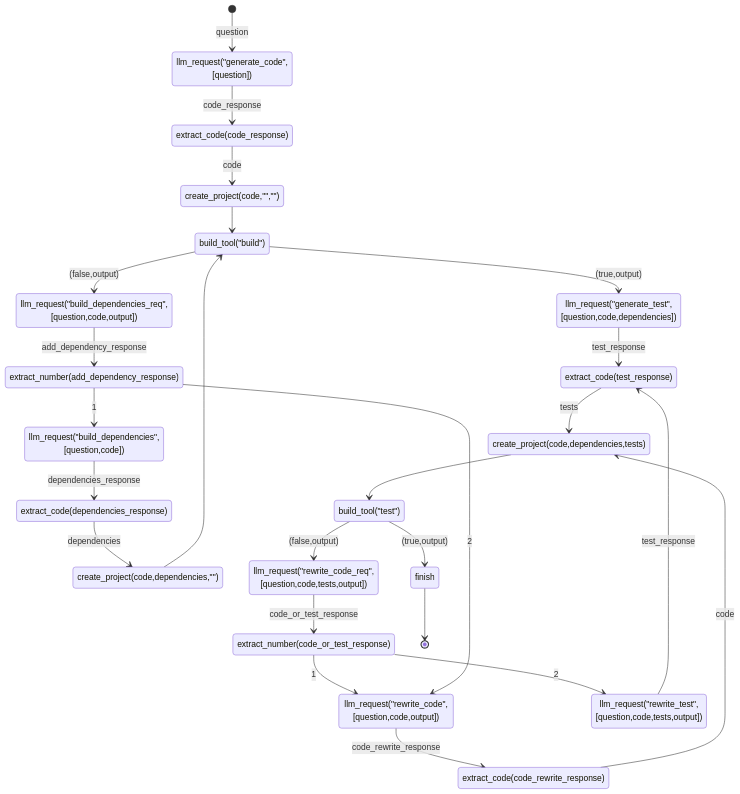
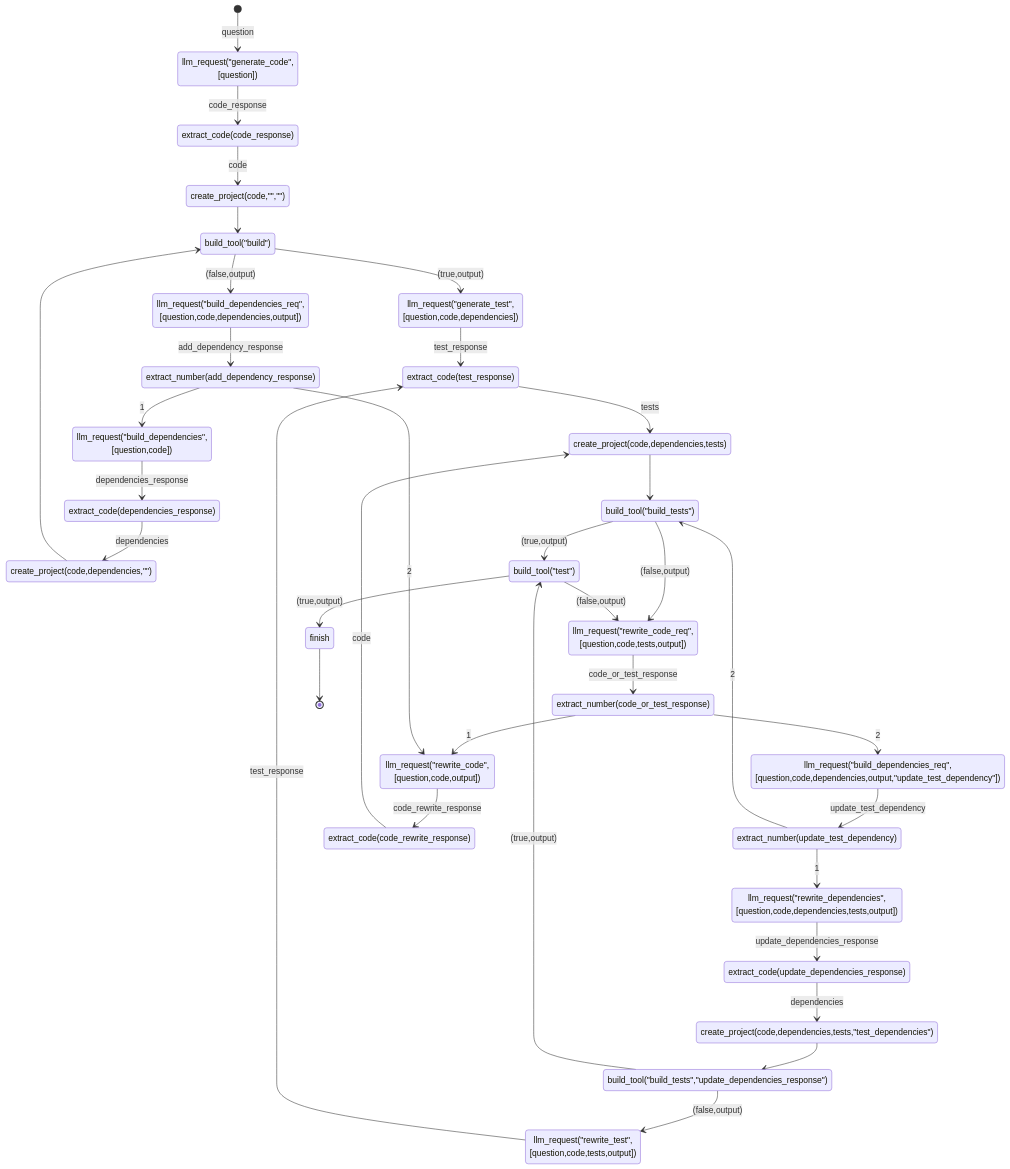
One commit to rizgan/LLM-Logic-Exec-Verify changed the diagram in logic.md. Above: the diagram before and after it, drawn with Mermaid. The commit also changed 4 other files, not shown here.

````diff
--- a/logic.md
+++ b/logic.md
@@ -1,27 +1,37 @@
 ```mermaid
 stateDiagram
 [*] --> llm_request("generate_code",[question]) : question
 llm_request("generate_code",[question]) --> extract_code(code_response) : code_response
 extract_code(code_response) --> create_project(code,"","") : code
 create_project(code,"","") --> build_tool("build")
 create_project(code,dependencies,"") --> build_tool("build")
-create_project(code,dependencies,tests) --> build_tool("test")
+create_project(code,dependencies,tests) --> build_tool("build_tests")
+build_tool("build_tests") --> build_tool("test") : (true,output)
+build_tool("build_tests") --> llm_request("rewrite_code_req",[question,code,tests,output]) : (false,output)
 build_tool("test") --> finish : (true,output)
 build_tool("test") --> llm_request("rewrite_code_req",[question,code,tests,output]) : (false,output)
 llm_request("rewrite_code_req",[question,code,tests,output]) --> extract_number(code_or_test_response) : code_or_test_response
 extract_number(code_or_test_response) --> llm_request("rewrite_code",[question,code,output]) : 1
-extract_number(code_or_test_response) --> llm_request("rewrite_test",[question,code,tests,output]) : 2
+extract_number(code_or_test_response) -->  llm_request("build_dependencies_req",[question,code,dependencies,output,"update_test_dependency"]): 2
+llm_request("build_dependencies_req",[question,code,dependencies,output,"update_test_dependency"]) --> extract_number(update_test_dependency) : update_test_dependency
+extract_number(update_test_dependency) --> llm_request("rewrite_dependencies",[question,code,dependencies,tests,output]) : 1
+extract_number(update_test_dependency) --> build_tool("build_tests") : 2
+llm_request("rewrite_dependencies",[question,code,dependencies,tests,output]) --> extract_code(update_dependencies_response) : update_dependencies_response
+extract_code(update_dependencies_response) --> create_project(code,dependencies,tests,"test_dependencies") : dependencies
+create_project(code,dependencies,tests,"test_dependencies") --> build_tool("build_tests","update_dependencies_response")
+build_tool("build_tests","update_dependencies_response") --> build_tool("test"): (true,output)
+build_tool("build_tests","update_dependencies_response") --> llm_request("rewrite_test",[question,code,tests,output]): (false,output)
 llm_request("rewrite_test",[question,code,tests,output]) --> extract_code(test_response) : test_response
 llm_request("rewrite_code",[question,code,output]) --> extract_code(code_rewrite_response) : code_rewrite_response
 extract_code(code_rewrite_response) --> create_project(code,dependencies,tests): code
 build_tool("build") --> llm_request("generate_test",[question,code,dependencies]) : (true,output) 
-build_tool("build") --> llm_request("build_dependencies_req",[question,code,output]) : (false,output) 
-llm_request("build_dependencies_req",[question,code,output])  --> extract_number(add_dependency_response) : add_dependency_response
+build_tool("build") --> llm_request("build_dependencies_req",[question,code,dependencies,output]) : (false,output) 
+llm_request("build_dependencies_req",[question,code,dependencies,output])  --> extract_number(add_dependency_response) : add_dependency_response
 extract_number(add_dependency_response) --> llm_request("rewrite_code",[question,code,output]) : 2
 extract_number(add_dependency_response) --> llm_request("build_dependencies",[question,code]) : 1
 llm_request("build_dependencies",[question,code]) --> extract_code(dependencies_response) : dependencies_response
 extract_code(dependencies_response) --> create_project(code,dependencies,"") : dependencies 
 llm_request("generate_test",[question,code,dependencies]) --> extract_code(test_response) : test_response
 extract_code(test_response) --> create_project(code,dependencies,tests) : tests
 finish --> [*]
 ``` 
````
